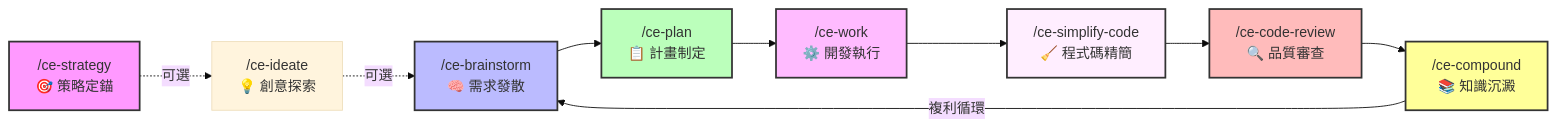
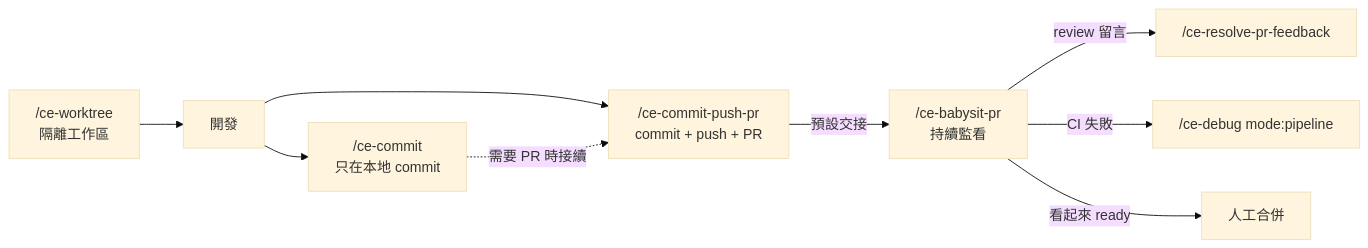
One commit to chihhung/Blog changed the fifth of 10 diagrams in content/posts/教學/AI開發/Compound Engineering 教學手冊.md. Above: the diagram before and after it, drawn with Mermaid (base theme). The commit also changed other lines of this file and 1 other file, not shown here.

Commit message:
docs: multic and compound engineering content update

````diff
--- a/content/posts/教學/AI開發/Compound Engineering 教學手冊.md
+++ b/content/posts/教學/AI開發/Compound Engineering 教學手冊.md
@@ -668,19 +1920,11 @@
 ```mermaid
-graph LR
-    S["/ce-strategy<br/>🎯 策略定錨"] -.->|可選| I["/ce-ideate<br/>💡 創意探索"]
-    I -.->|可選| B["/ce-brainstorm<br/>🧠 需求發散"]
-    B --> P["/ce-plan<br/>📋 計畫制定"]
-    P --> W["/ce-work<br/>⚙️ 開發執行"]
-    W --> SC["/ce-simplify-code<br/>🧹 程式碼精簡"]
-    SC --> R["/ce-code-review<br/>🔍 品質審查"]
-    R --> C["/ce-compound<br/>📚 知識沉澱"]
-    C -->|複利循環| B
-
-    style S fill:#f9f,stroke:#333,stroke-width:2px
-    style B fill:#bbf,stroke:#333,stroke-width:2px
-    style P fill:#bfb,stroke:#333,stroke-width:2px
-    style W fill:#fbf,stroke:#333,stroke-width:2px
-    style SC fill:#fef,stroke:#333,stroke-width:2px
-    style R fill:#fbb,stroke:#333,stroke-width:2px
-    style C fill:#ff9,stroke:#333,stroke-width:2px
+flowchart LR
+    WT["/ce-worktree<br/>隔離工作區"] --> DEV[開發]
+    DEV --> C["/ce-commit<br/>只在本地 commit"]
+    DEV --> CPP["/ce-commit-push-pr<br/>commit + push + PR"]
+    C -.需要 PR 時接續.-> CPP
+    CPP -->|預設交接| BAB["/ce-babysit-pr<br/>持續監看"]
+    BAB -->|review 留言| RPF["/ce-resolve-pr-feedback"]
+    BAB -->|CI 失敗| DBG["/ce-debug mode:pipeline"]
+    BAB -->|看起來 ready| HUMAN[人工合併]
 ```
````
